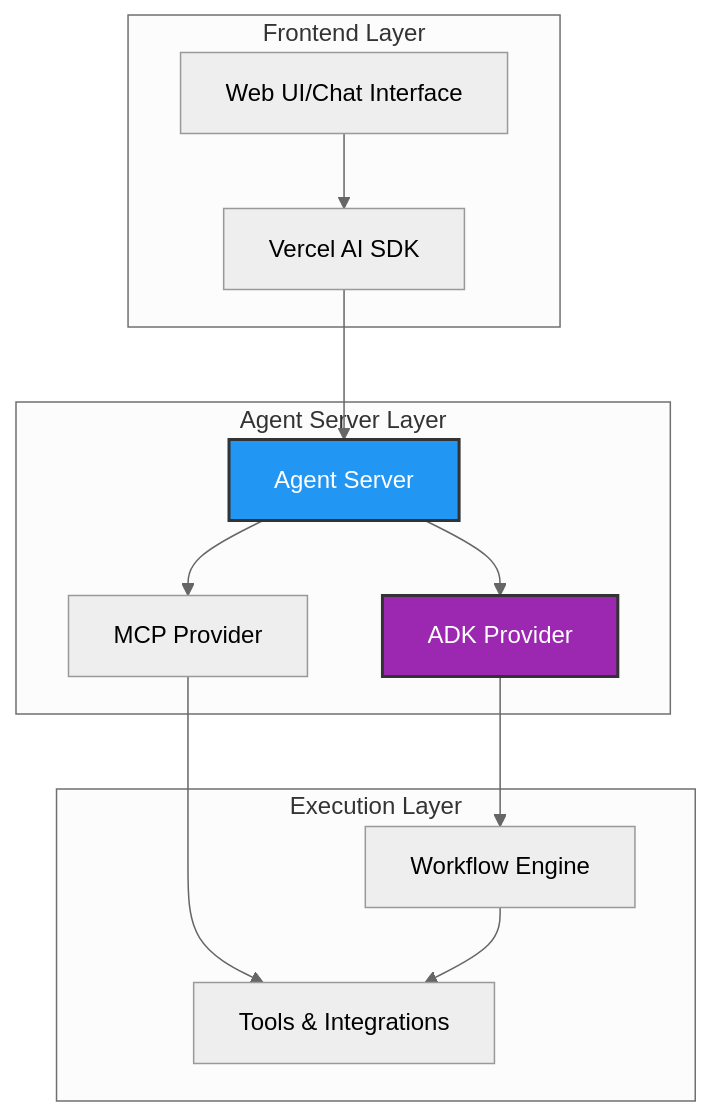
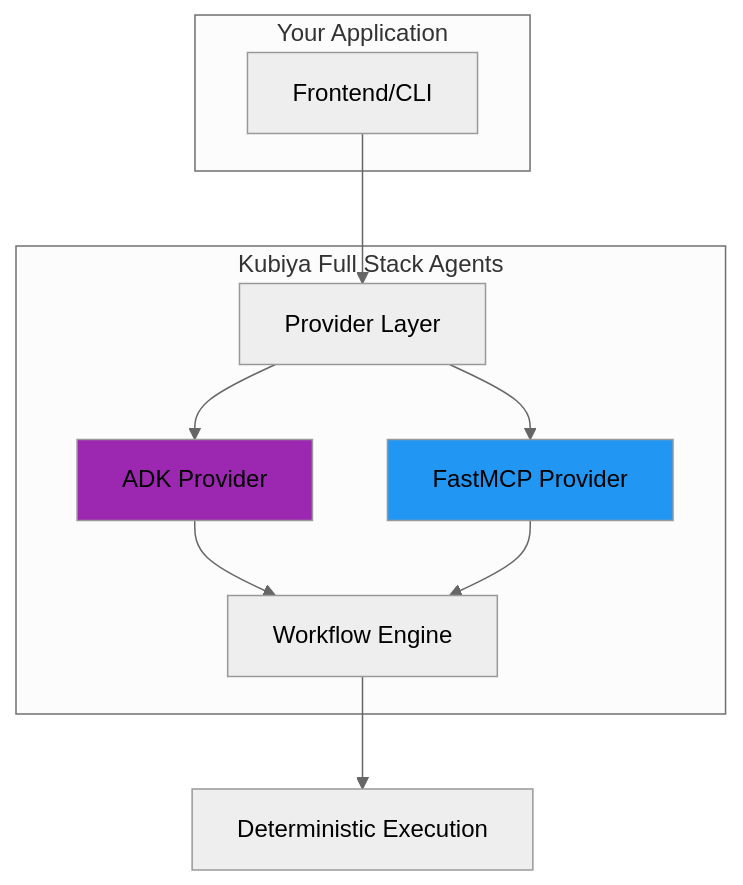
Before and after one commit to kubiyabot/workflow_sdk: the diagram in docs/kubiya/full-stack-agents/overview.mdx, drawn with Mermaid (neutral theme). The commit also changed other lines of this file and 3 other files, not shown here.

````diff
--- a/docs/kubiya/full-stack-agents/overview.mdx
+++ b/docs/kubiya/full-stack-agents/overview.mdx
@@ -30,29 +47,23 @@
 ```mermaid
 graph TB
-    subgraph "Frontend Layer"
-        UI[Web UI/Chat Interface]
-        SDK[Vercel AI SDK]
+    subgraph "Your Application"
+        UI[Frontend/CLI]
     end
     
-    subgraph "Agent Server Layer"
-        AS[Agent Server]
+    subgraph "Kubiya Full Stack Agents"
+        Provider[Provider Layer]
         ADK[ADK Provider]
-        MCP[MCP Provider]
+        MCP[FastMCP Provider]
+        WF[Workflow Engine]
     end
     
-    subgraph "Execution Layer"
-        WE[Workflow Engine]
-        Tools[Tools & Integrations]
-    end
+    UI --> Provider
+    Provider --> ADK
+    Provider --> MCP
+    ADK --> WF
+    MCP --> WF
+    WF --> Execution[Deterministic Execution]
     
-    UI --> SDK
-    SDK --> AS
-    AS --> ADK
-    AS --> MCP
-    ADK --> WE
-    MCP --> Tools
-    WE --> Tools
-    
-    style ADK fill:#9C27B0,stroke:#333,stroke-width:2px,color:#fff
-    style AS fill:#2196F3,stroke:#333,stroke-width:2px,color:#fff
+    style ADK fill:#9C27B0
+    style MCP fill:#2196F3
 ```
````
